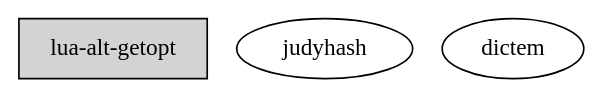
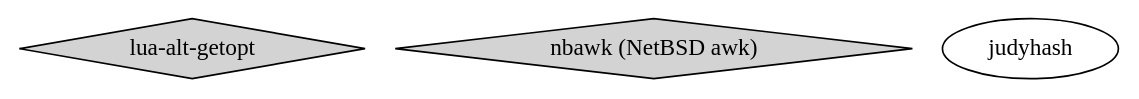
One commit to cheusov/mk-configure changed the diagram in doc/my_prjs2.dot. Above: the diagram before and after it, drawn with Graphviz. The commit also changed 2 other files, not shown here.

```diff
--- a/doc/my_prjs2.dot
+++ b/doc/my_prjs2.dot
@@ -1,12 +1,12 @@
 digraph FSA {
- graph [ ratio=compress layout=dot rankdir=UB ratio=0.4 ];
+ graph [ ratio=compress layout=dot rankdir=UB ];
 
- node [ shape = box style=filled fonsize=18 ];
+ node [ shape = diamond style=filled ];
 
    "lua-alt-getopt";
+   "nbawk (NetBSD awk)";
 
  node [ shape=oval style=solid ];
 
    "judyhash";
-   "dictem";
 }
```
